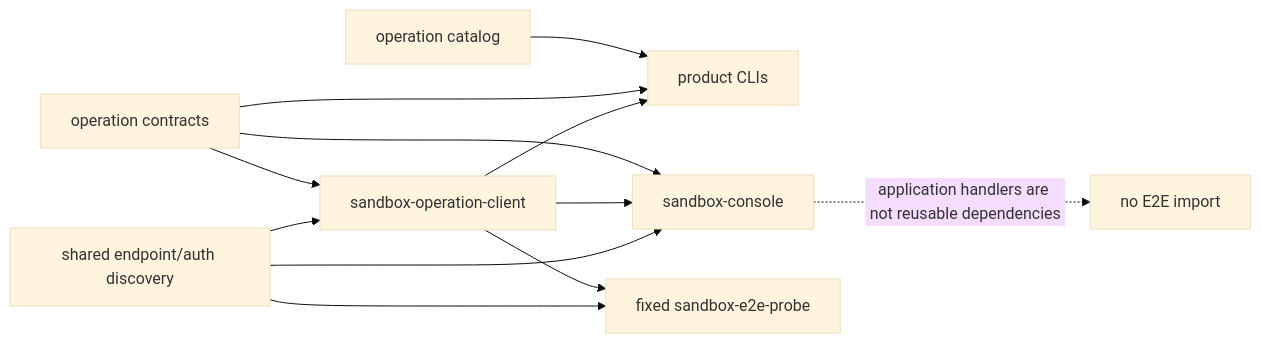
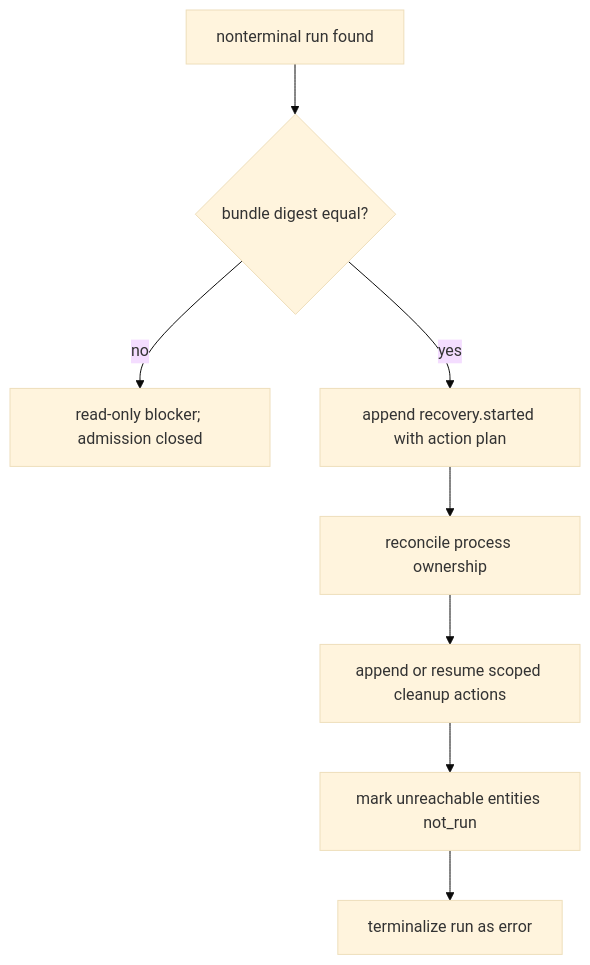
Before and after one commit to Ephemeral-AI-Lab/ephemeral-sandbox-docs: the second of 2 diagrams in implementation-plan/e2e_test/e2e-test-design.md, drawn with Mermaid (base theme). The commit also changed other lines of this file and 3 other files, not shown here.

````diff
--- a/implementation-plan/e2e_test/e2e-test-design.md
+++ b/implementation-plan/e2e_test/e2e-test-design.md
@@ -754,14 +455,10 @@
 ```mermaid
-flowchart LR
-    CONTRACTS["operation contracts"] --> CLIENT["sandbox-operation-client"]
-    CATALOG["operation catalog"] --> CLI["product CLIs"]
-    CONTRACTS --> CLI
-    CLIENT --> CLI
-    CONTRACTS --> CONSOLE["sandbox-console"]
-    CLIENT --> CONSOLE
-    DISCOVERY["shared endpoint/auth discovery"] --> CLIENT
-    DISCOVERY --> CONSOLE
-    CLIENT --> PROBE["fixed sandbox-e2e-probe"]
-    DISCOVERY --> PROBE
-    CONSOLE -. "application handlers are not reusable dependencies" .-> STOP["no E2E import"]
+flowchart TD
+    A["nonterminal run found"] --> B{"bundle digest equal?"}
+    B -- "no" --> C["read-only blocker; admission closed"]
+    B -- "yes" --> D["append recovery.started with action plan"]
+    D --> E["reconcile process ownership"]
+    E --> F["append or resume scoped cleanup actions"]
+    F --> G["mark unreachable entities not_run"]
+    G --> H["terminalize run as error"]
 ```
````
